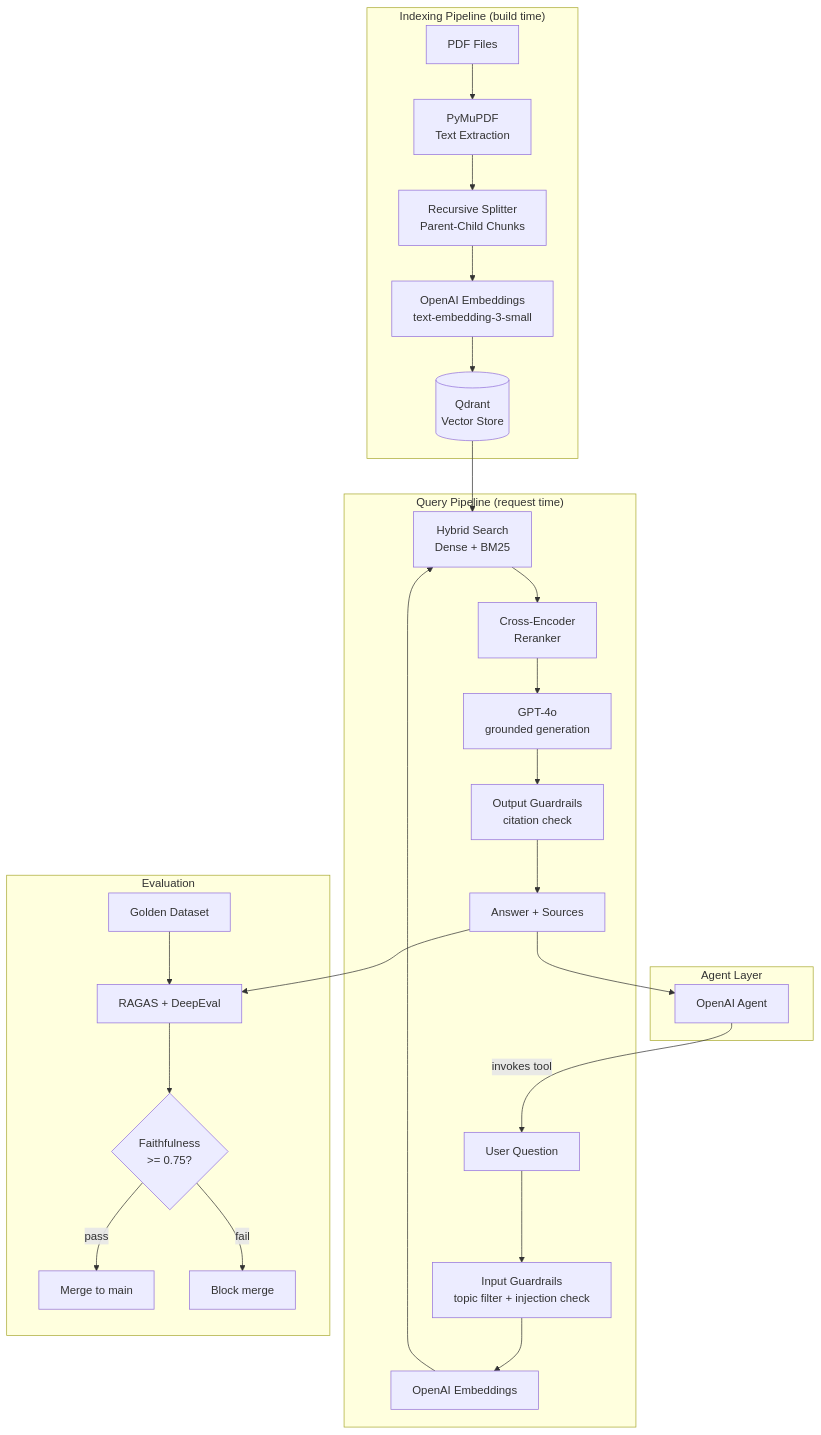
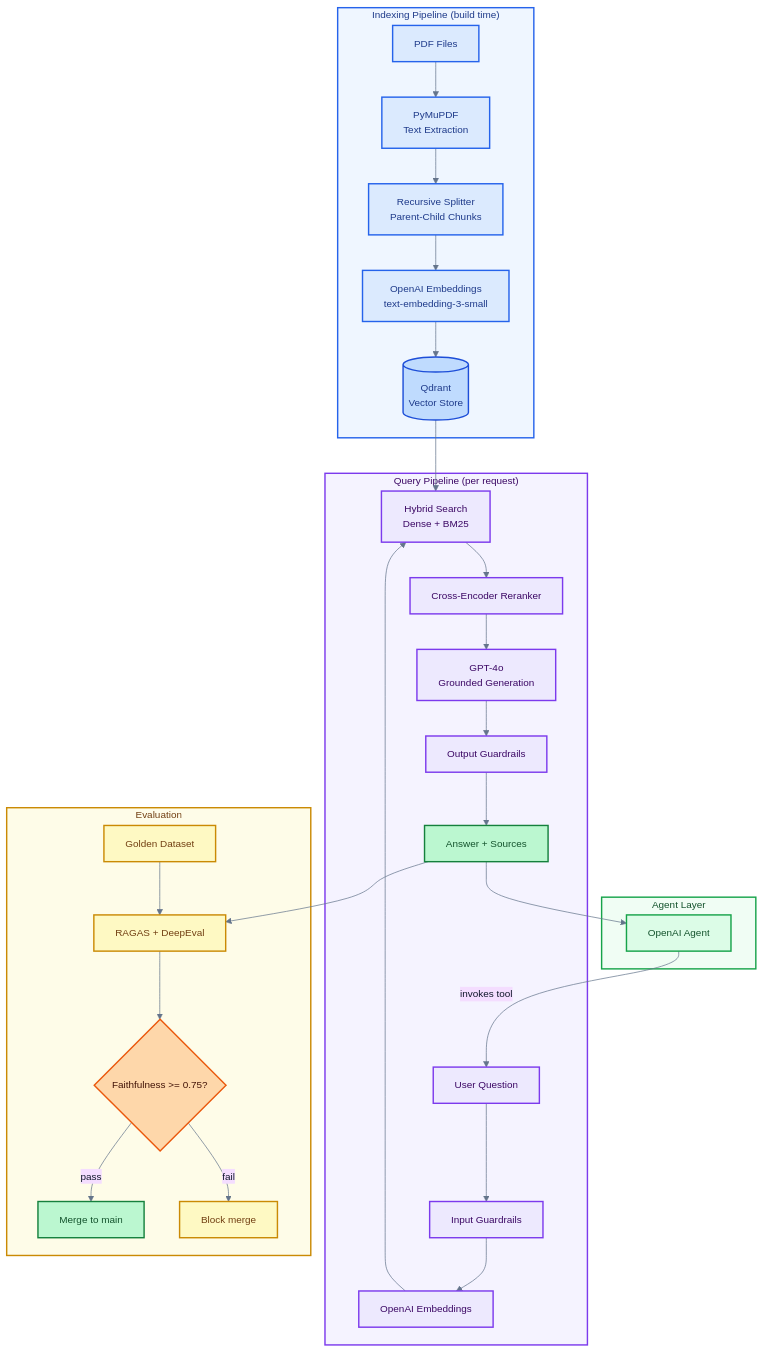
One commit to shalabhsuman/helix-rag changed the diagram in docs/architecture.mmd. Above: the diagram before and after it, drawn with Mermaid. The commit also changed 1 other file, not shown here.

Commit message:
Update architecture.png with styled colored version

```diff
--- a/docs/architecture.mmd
+++ b/docs/architecture.mmd
@@ -1,31 +1,45 @@
+%%{init: {'theme': 'base', 'themeVariables': {'background': '#ffffff', 'lineColor': '#64748b', 'primaryTextColor': '#0f172a', 'fontSize': '14px'}}}%%
 flowchart TD
+    classDef indexNode fill:#dbeafe,stroke:#2563eb,color:#1e3a8a,stroke-width:2px
+    classDef queryNode fill:#ede9fe,stroke:#7c3aed,color:#3b0764,stroke-width:2px
+    classDef agentNode fill:#dcfce7,stroke:#16a34a,color:#14532d,stroke-width:2px
+    classDef evalNode fill:#fef9c3,stroke:#ca8a04,color:#713f12,stroke-width:2px
+    classDef storeNode fill:#bfdbfe,stroke:#1d4ed8,color:#1e3a8a,stroke-width:2px
+    classDef decisionNode fill:#fed7aa,stroke:#ea580c,color:#431407,stroke-width:2px
+    classDef successNode fill:#bbf7d0,stroke:#15803d,color:#14532d,stroke-width:2px
+
     subgraph Ingest["Indexing Pipeline (build time)"]
-        A[PDF Files] --> B[PyMuPDF\nText Extraction]
-        B --> C[Recursive Splitter\nParent-Child Chunks]
-        C --> D[OpenAI Embeddings\ntext-embedding-3-small]
-        D --> E[(Qdrant\nVector Store)]
+        A[PDF Files]:::indexNode --> B[PyMuPDF\nText Extraction]:::indexNode
+        B --> C[Recursive Splitter\nParent-Child Chunks]:::indexNode
+        C --> D[OpenAI Embeddings\ntext-embedding-3-small]:::indexNode
+        D --> E[(Qdrant\nVector Store)]:::storeNode
     end
 
-    subgraph Query["Query Pipeline (request time)"]
-        F[User Question] --> G[Input Guardrails\ntopic filter + injection check]
-        G --> H[OpenAI Embeddings]
-        H --> I[Hybrid Search\nDense + BM25]
+    subgraph Query["Query Pipeline (per request)"]
+        F[User Question]:::queryNode --> G[Input Guardrails]:::queryNode
+        G --> H[OpenAI Embeddings]:::queryNode
+        H --> I[Hybrid Search\nDense + BM25]:::queryNode
         E --> I
-        I --> J[Cross-Encoder\nReranker]
-        J --> K[GPT-4o\ngrounded generation]
-        K --> L[Output Guardrails\ncitation check]
-        L --> M[Answer + Sources]
+        I --> J[Cross-Encoder Reranker]:::queryNode
+        J --> K[GPT-4o\nGrounded Generation]:::queryNode
+        K --> L[Output Guardrails]:::queryNode
+        L --> M[Answer + Sources]:::successNode
     end
 
     subgraph AgentLayer["Agent Layer"]
-        N[OpenAI Agent] -->|invokes tool| F
+        N[OpenAI Agent]:::agentNode -->|invokes tool| F
         M --> N
     end
 
     subgraph Eval["Evaluation"]
-        O[Golden Dataset] --> P[RAGAS + DeepEval]
+        O[Golden Dataset]:::evalNode --> P[RAGAS + DeepEval]:::evalNode
         M --> P
-        P --> Q{Faithfulness\n>= 0.75?}
-        Q -->|pass| R[Merge to main]
-        Q -->|fail| S[Block merge]
+        P --> Q{Faithfulness >= 0.75?}:::decisionNode
+        Q -->|pass| R[Merge to main]:::successNode
+        Q -->|fail| S[Block merge]:::evalNode
     end
+
+    style Ingest fill:#eff6ff,stroke:#2563eb,stroke-width:2px,color:#1e3a8a
+    style Query fill:#f5f3ff,stroke:#7c3aed,stroke-width:2px,color:#3b0764
+    style AgentLayer fill:#f0fdf4,stroke:#16a34a,stroke-width:2px,color:#14532d
+    style Eval fill:#fefce8,stroke:#ca8a04,stroke-width:2px,color:#713f12
```
